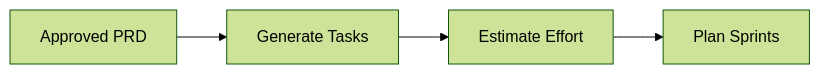
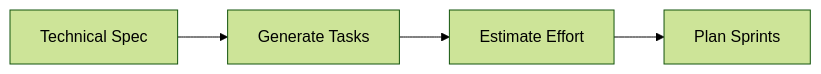
One commit to Pinotnoir25/project-foundation-framework changed the third of 4 diagrams in docs/README.md. Above: the diagram before and after it, drawn with Mermaid (forest theme). The commit also changed other lines of this file and 76 other files, not shown here.

````diff
--- a/docs/README.md
+++ b/docs/README.md
@@ -37,6 +63,6 @@
 ```mermaid
 graph LR
-    A[Approved PRD] --> B[Generate Tasks]
+    A[Technical Spec] --> B[Generate Tasks]
     B --> C[Estimate Effort]
     C --> D[Plan Sprints]
 ```
````
